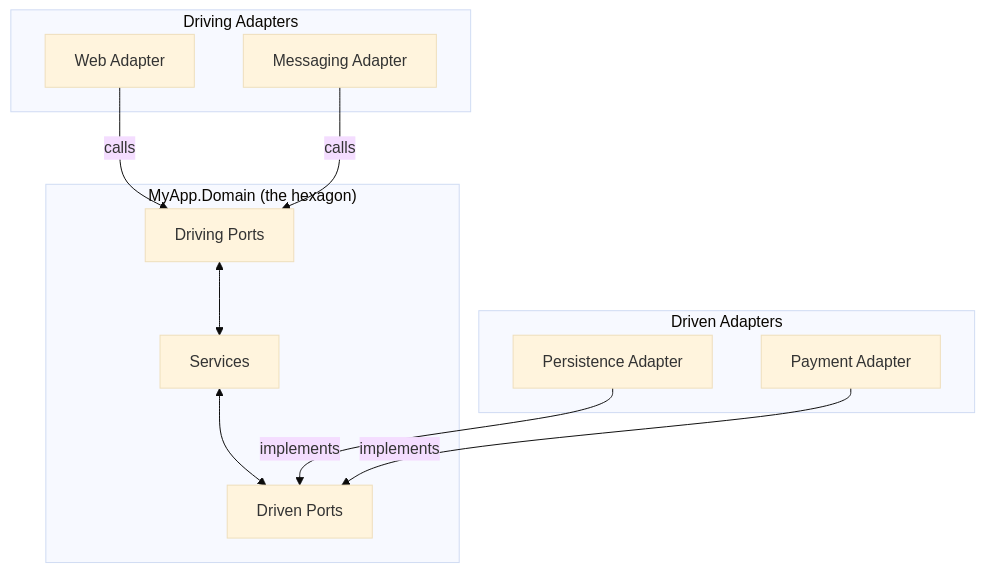
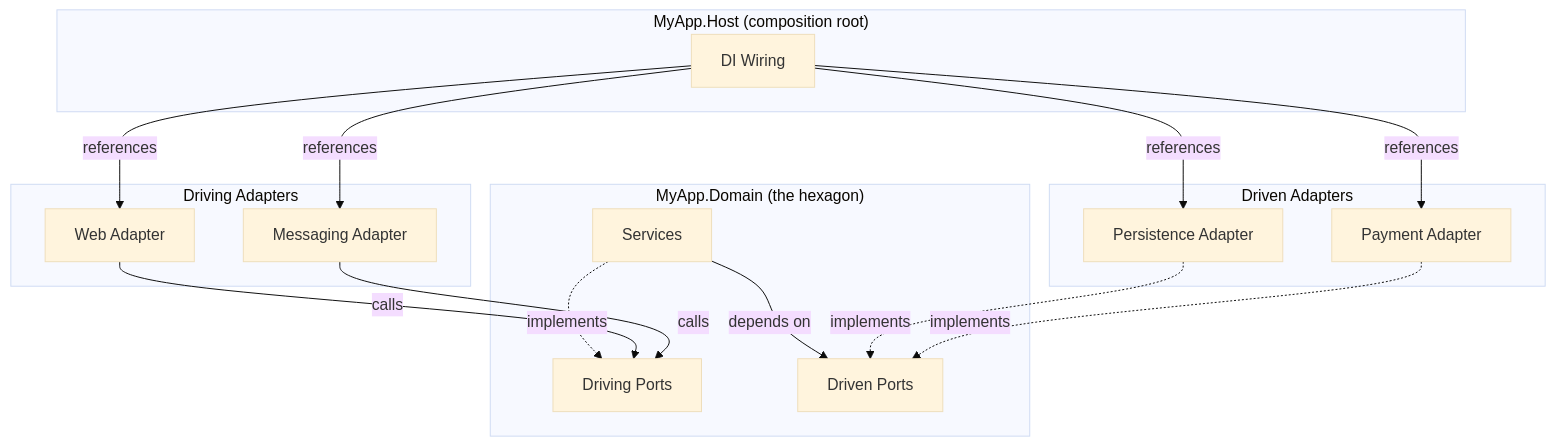
The diagram in patterns/STR006 - hexagonal.md (Webhooks-Ltd/dotnet-patterns), drawn with Mermaid (base theme) before and after one commit. The commit also changed other lines of this file and 10 other files, not shown here.

````diff
--- a/patterns/STR006 - hexagonal.md
+++ b/patterns/STR006 - hexagonal.md
@@ -101,19 +104,26 @@
 ```mermaid
 graph TD
+    subgraph Host["MyApp.Host (composition root)"]
+        DI[DI Wiring]
+    end
     subgraph Driving Adapters
         Web[Web Adapter]
         Msg[Messaging Adapter]
     end
     subgraph Driven Adapters
         Persist[Persistence Adapter]
         Pay[Payment Adapter]
     end
     subgraph Domain["MyApp.Domain (the hexagon)"]
-        DP[Driving Ports] <--> Services
-        Services <--> DRP[Driven Ports]
+        DP[Driving Ports]
+        Services
+        DRP[Driven Ports]
+        Services -. implements .-> DP
+        Services -- depends on --> DRP
     end
+    DI -- references --> Web & Msg & Persist & Pay
     Web -- calls --> DP
     Msg -- calls --> DP
-    Persist -- implements --> DRP
-    Pay -- implements --> DRP
+    Persist -. implements .-> DRP
+    Pay -. implements .-> DRP
 ```
````
